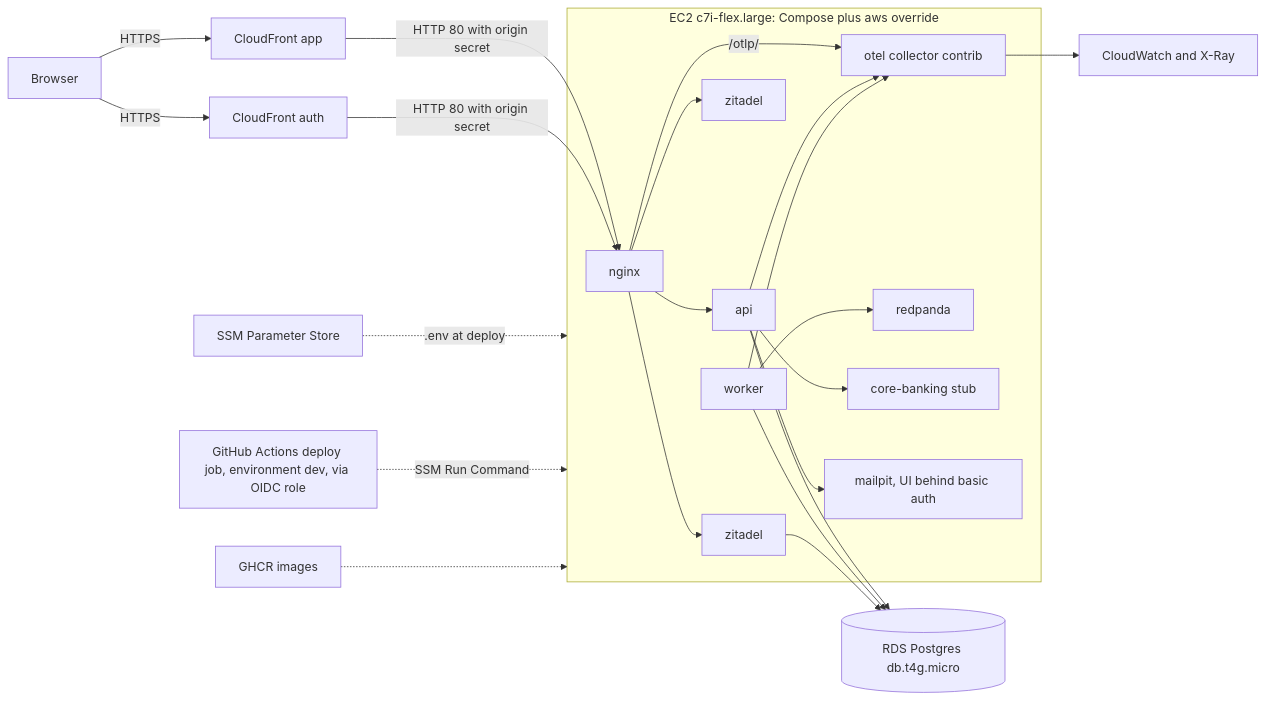
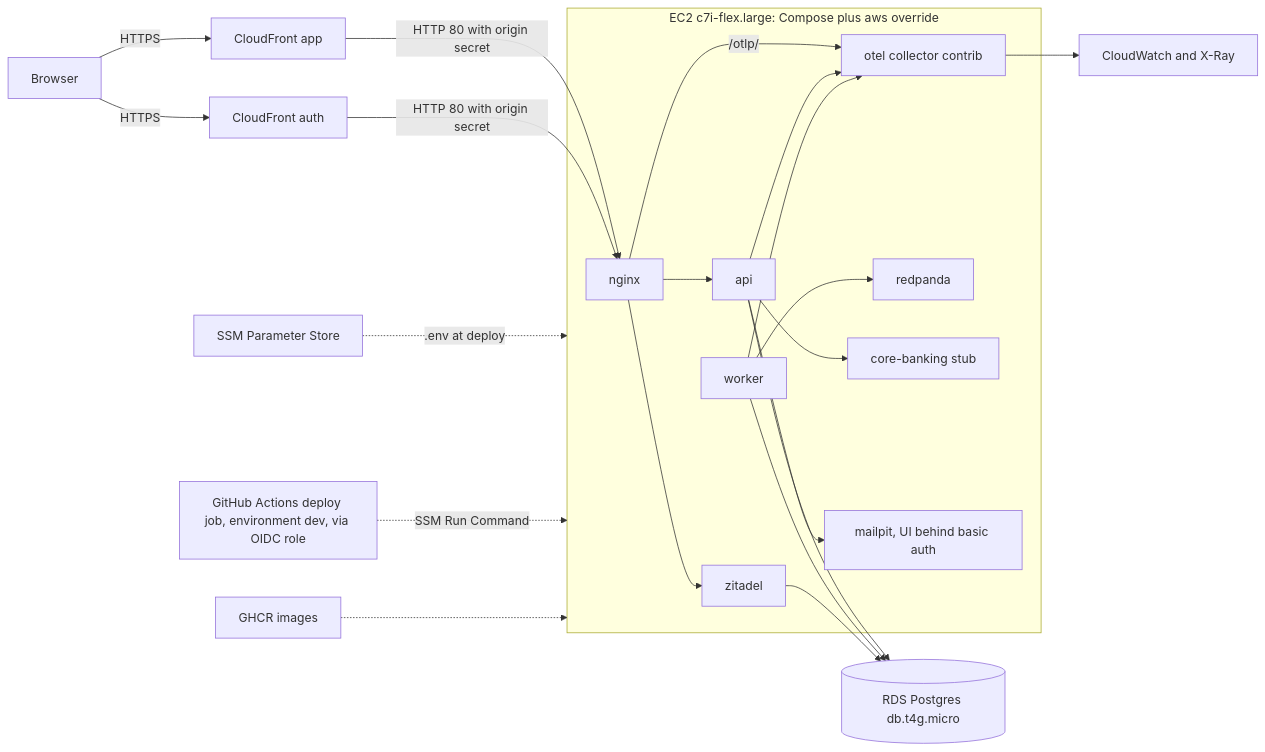
One commit to njabulozmnisi/disputedesk changed the third of 5 diagrams in docs/architecture/architecture.md. Above: the diagram before and after it, drawn with Mermaid. The commit also changed other lines of this file and 249 other files, not shown here.

First line of the commit message:
Stories merge through their pull request and the guard bounds the flow (#7)

````diff
--- a/docs/architecture/architecture.md
+++ b/docs/architecture/architecture.md
@@ -573,25 +575,24 @@
 ```mermaid
 flowchart LR
   subgraph EC2[EC2 c7i-flex.large: Compose plus aws override]
     GW[nginx] --> API[api]
-    GW --> ZL[zitadel]
     GW --> Z[zitadel]
     GW -->|/otlp/| COL[otel collector contrib]
     WK[worker] --> RP[redpanda]
     API --> CB[core-banking stub]
     API --> MP[mailpit, UI behind basic auth]
     API --> COL
     WK --> COL
   end
   U[Browser] -->|HTTPS| CFA[CloudFront app]
   U -->|HTTPS| CFZ[CloudFront auth]
   CFA -->|HTTP 80 with origin secret| GW
   CFZ -->|HTTP 80 with origin secret| GW
   API --> RDS[(RDS Postgres db.t4g.micro)]
   WK --> RDS
   Z --> RDS
   COL --> CW[CloudWatch and X-Ray]
   SSM[SSM Parameter Store] -.->|.env at deploy| EC2
   GH[GitHub Actions deploy job, environment dev, via OIDC role] -.->|SSM Run Command| EC2
   GHCR[GHCR images] -.-> EC2
 ```
````
